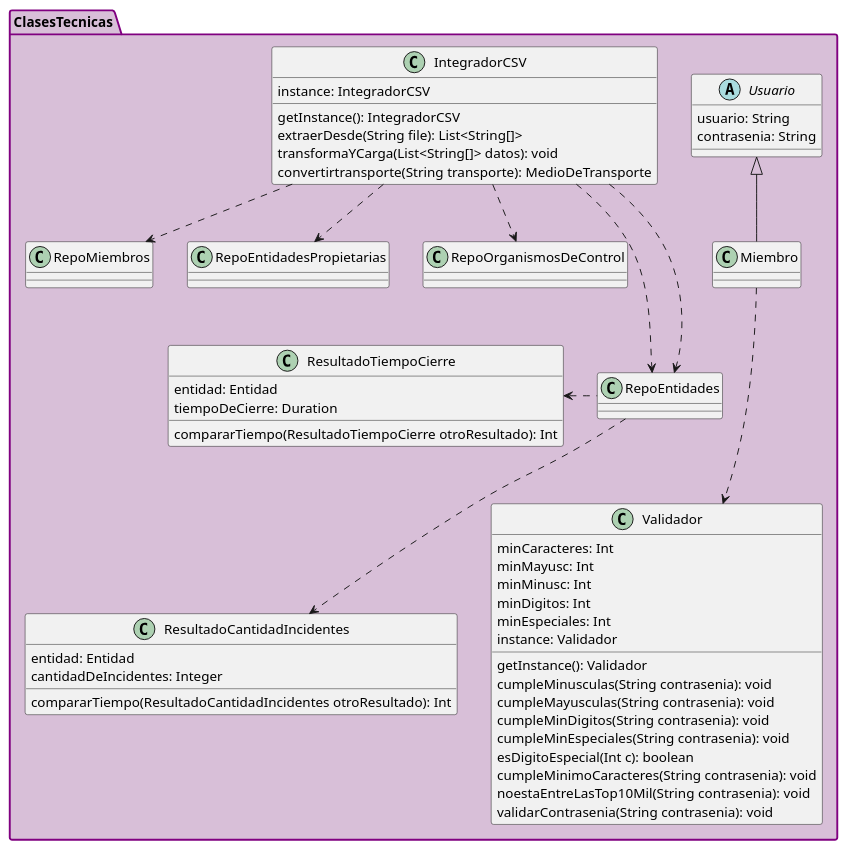
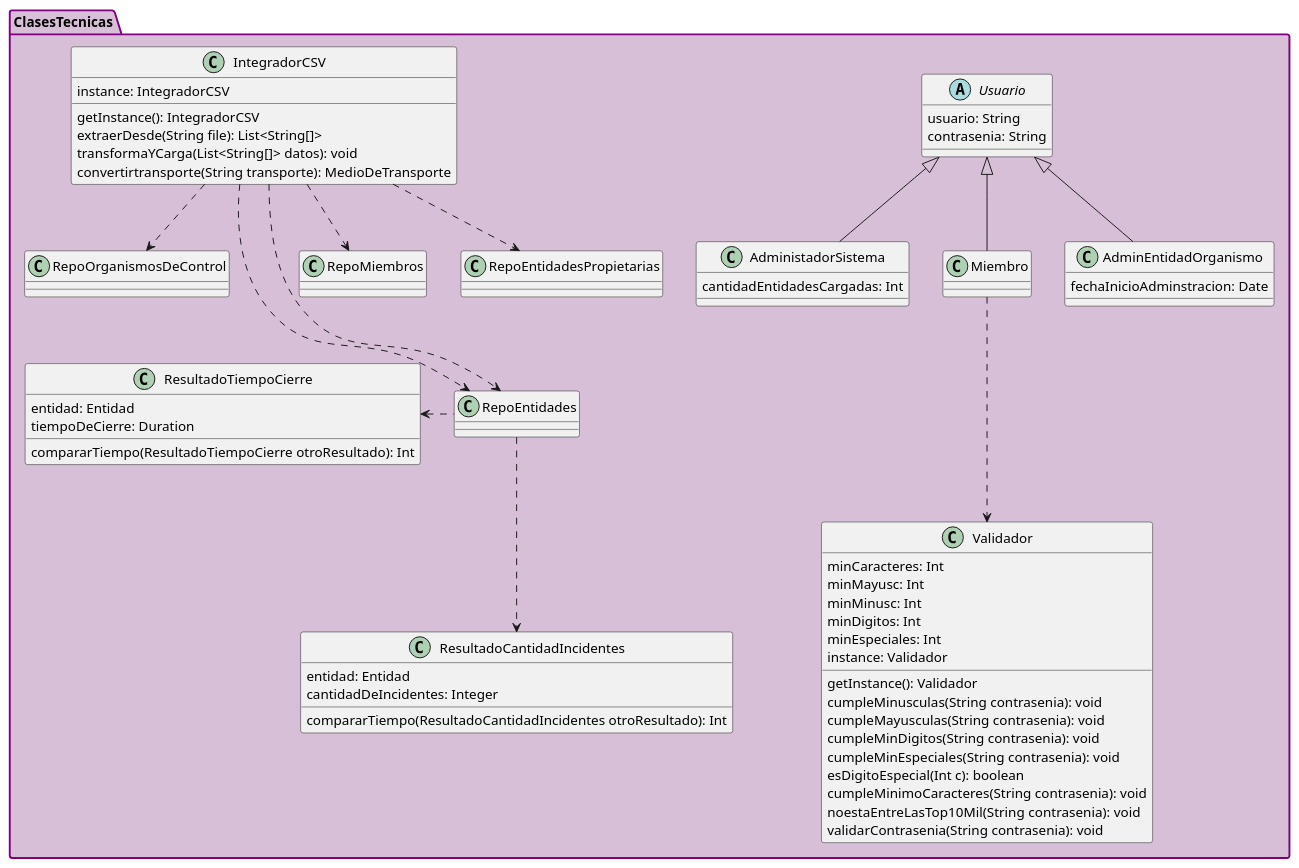
One commit to tomidandrea/TPA-DDS-2023 changed the diagram in Entrega-7/out/clasesTecnicas.puml. Above: the diagram before and after it, drawn with PlantUML. The commit also changed 1 other file, not shown here.

Commit message:
actualizo diagrama

```diff
--- a/Entrega-7/out/clasesTecnicas.puml
+++ b/Entrega-7/out/clasesTecnicas.puml
@@ -1,72 +1,83 @@
 @startuml
 'https://plantuml.com/class-diagram
 
 package ClasesTecnicas #back:thistle;line:purple;line.bold{
     abstract class Usuario{
         usuario: String
         contrasenia: String
     }
 
     class ResultadoCantidadIncidentes{
         entidad: Entidad
         cantidadDeIncidentes: Integer
 
         compararTiempo(ResultadoCantidadIncidentes otroResultado): Int
     }
 
     class ResultadoTiempoCierre{
         entidad: Entidad
         tiempoDeCierre: Duration
 
         compararTiempo(ResultadoTiempoCierre otroResultado): Int
     }
 
     class Validador{
         minCaracteres: Int
         minMayusc: Int
         minMinusc: Int
         minDigitos: Int
         minEspeciales: Int
         instance: Validador
 
         getInstance(): Validador
         cumpleMinusculas(String contrasenia): void
         cumpleMayusculas(String contrasenia): void
         cumpleMinDigitos(String contrasenia): void
         cumpleMinEspeciales(String contrasenia): void
         esDigitoEspecial(Int c): boolean
         cumpleMinimoCaracteres(String contrasenia): void
         noestaEntreLasTop10Mil(String contrasenia): void
         validarContrasenia(String contrasenia): void
     }
 
       class IntegradorCSV{
             instance: IntegradorCSV
             getInstance(): IntegradorCSV
             extraerDesde(String file): List<String[]>
             transformaYCarga(List<String[]> datos): void
             convertirtransporte(String transporte): MedioDeTransporte
         }
 
+      class AdminEntidadOrganismo {
+        fechaInicioAdminstracion: Date
+      }
+      class AdministadorSistema {
+      cantidadEntidadesCargadas: Int
+      }
+
+
       class "RepoMiembros" as CopiaRepoMiembros{
       }
       class "RepoEntidadesPropietarias" as CopiaRepoEntidadesPropietarias{
       }
       class "RepoOrganismosDeControl" as CopiaRepoOrganismosDeControl{
       }
       class "RepoEntidades" as CopiaRepoEntidades{
       }
       class "Miembro" as CopiaMiembro{
       }
 
+
     IntegradorCSV ..down.> CopiaRepoEntidades
     IntegradorCSV ...> CopiaRepoEntidades
     IntegradorCSV ..> CopiaRepoMiembros
     IntegradorCSV ..> CopiaRepoEntidadesPropietarias
     IntegradorCSV ..> CopiaRepoOrganismosDeControl
     CopiaRepoEntidades..left.>ResultadoTiempoCierre
     CopiaRepoEntidades..down>ResultadoCantidadIncidentes
     CopiaMiembro -up-|>Usuario
     CopiaMiembro ...> Validador
+     AdminEntidadOrganismo -up-|>Usuario
+        AdministadorSistema -up-|>Usuario
 }
 @enduml
```
